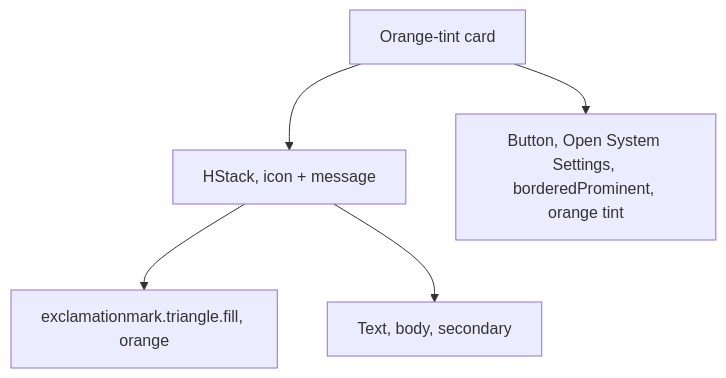
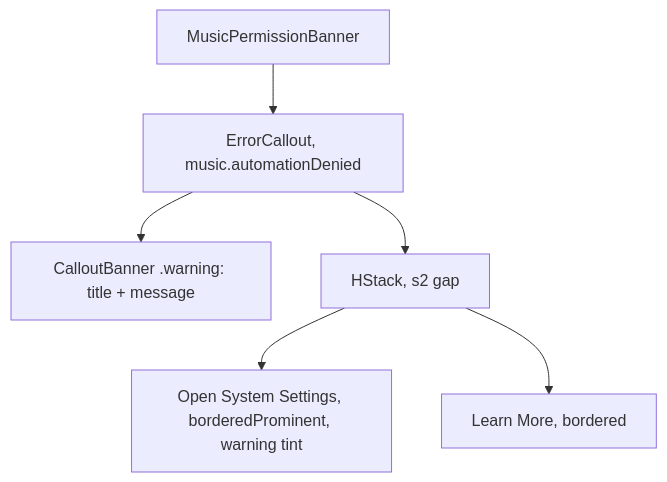
Before and after one commit to MrDemonWolf/wolfwave: the diagram in design-system/components/music-permission-banner.md, drawn with Mermaid. The commit also changed other lines of this file and 41 other files, not shown here.

````diff
--- a/design-system/components/music-permission-banner.md
+++ b/design-system/components/music-permission-banner.md
@@ -33,7 +34,8 @@
 ```mermaid
 graph TB
-  Banner[Orange-tint card] --> Row[HStack, icon + message]
-  Row --> Icon[exclamationmark.triangle.fill, orange]
-  Row --> Message[Text, body, secondary]
-  Banner --> CTA[Button, Open System Settings, borderedProminent, orange tint]
+  Wrapper[MusicPermissionBanner] --> Callout[ErrorCallout, music.automationDenied]
+  Callout --> Banner[CalloutBanner .warning: title + message]
+  Callout --> Actions[HStack, s2 gap]
+  Actions --> Primary[Open System Settings, borderedProminent, warning tint]
+  Actions --> Docs[Learn More, bordered]
 ```
````
